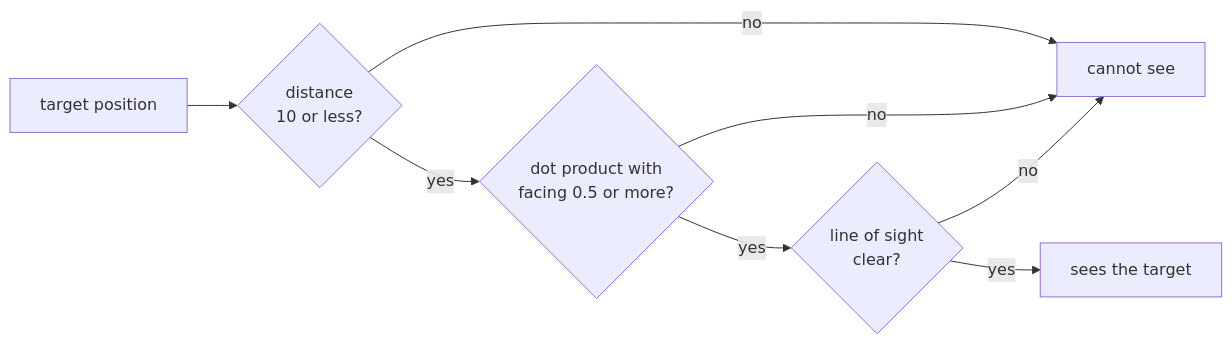
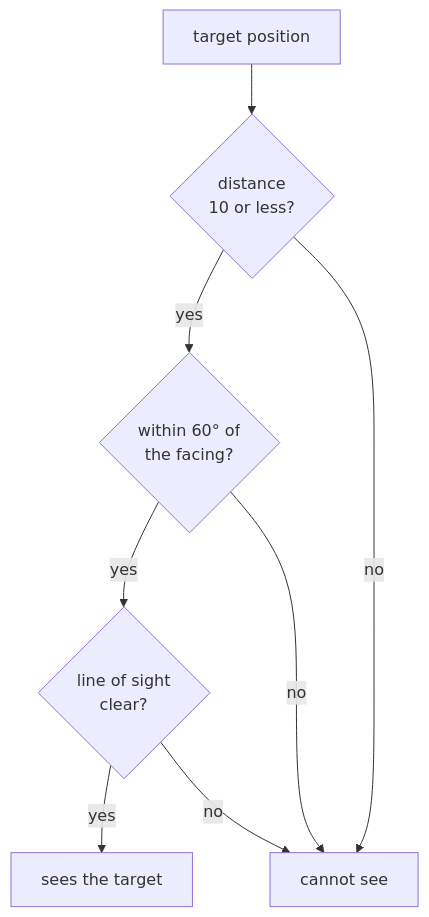
The second of 3 diagrams in site/src/content/docs/pages/4/09.mdx (MustCodeAl/rust-game-hacking-book), drawn with Mermaid before and after one commit. The commit also changed other lines of this file and 23 other files, not shown here.

````diff
--- a/site/src/content/docs/pages/4/09.mdx
+++ b/site/src/content/docs/pages/4/09.mdx
@@ -90,10 +67,10 @@
 ```mermaid
-flowchart LR
+flowchart TB
     T["target position"] --> D{"distance<br/>10 or less?"}
+    D -->|"yes"| C{"within 60° of<br/>the facing?"}
+    C -->|"yes"| L{"line of sight<br/>clear?"}
+    L -->|"yes"| Y["sees the target"]
     D -->|"no"| N["cannot see"]
-    D -->|"yes"| C{"dot product with<br/>facing 0.5 or more?"}
     C -->|"no"| N
-    C -->|"yes"| L{"line of sight<br/>clear?"}
     L -->|"no"| N
-    L -->|"yes"| Y["sees the target"]
 ```
````
